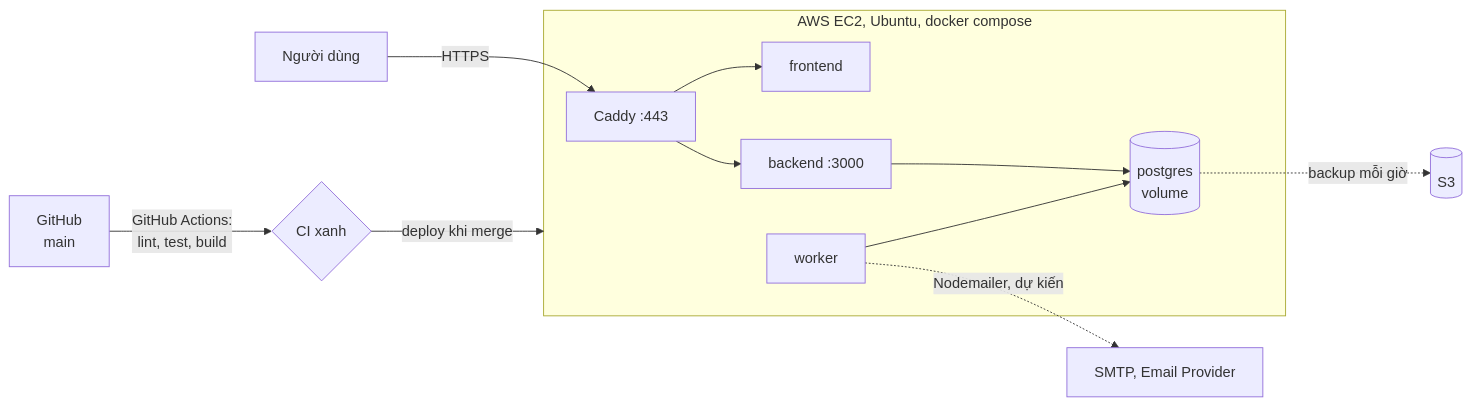
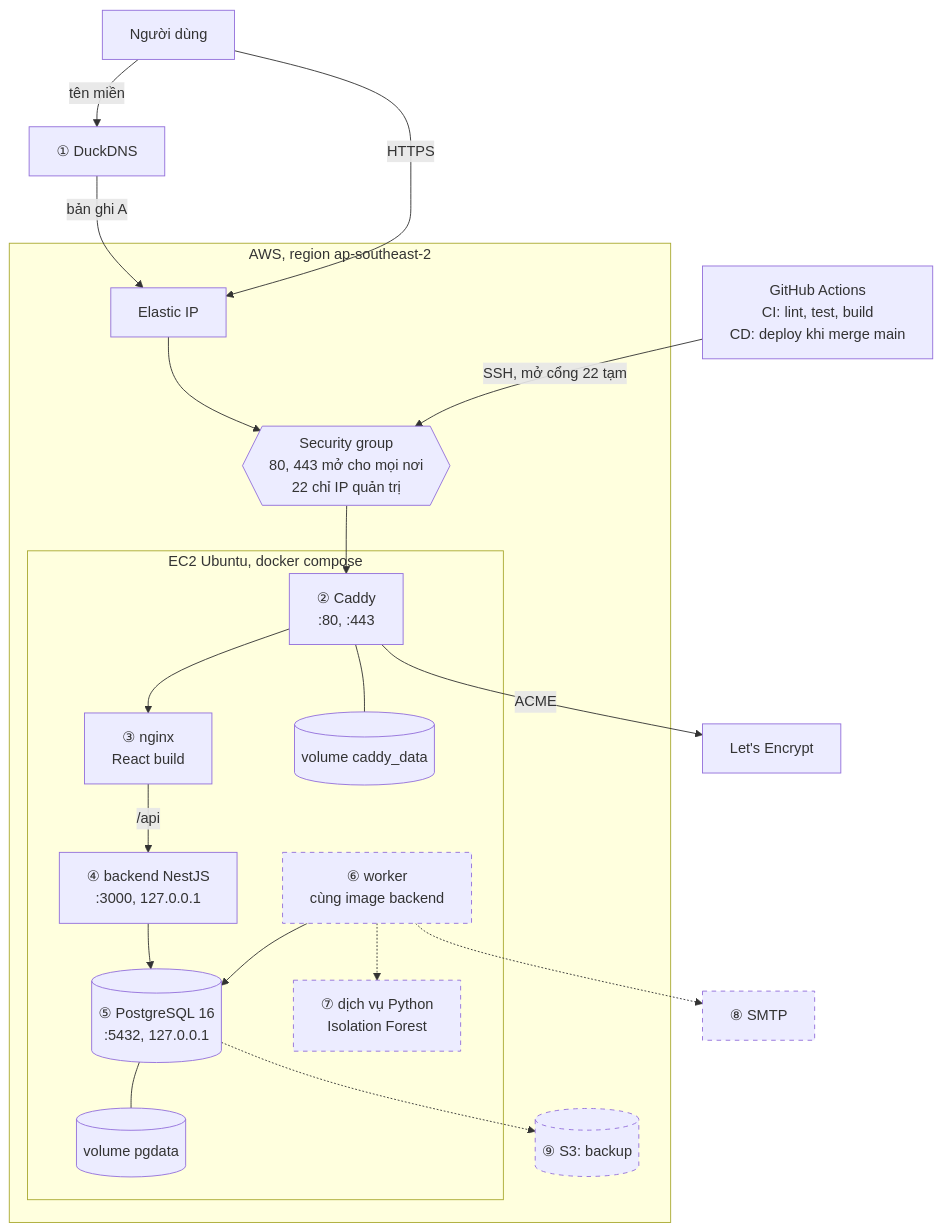
Before and after one commit to LeQuangMien10/CloudApplicationDevelopment: the fifth of 5 diagrams in docs/overview/kien-truc.md, drawn with Mermaid. The commit also changed other lines of this file and 2 other files, not shown here.

First line of the commit message:
docs(kien-truc): viết lại theo khung System Architecture 10 mục

````diff
--- a/docs/overview/kien-truc.md
+++ b/docs/overview/kien-truc.md
@@ -145,15 +311,44 @@
 ```mermaid
-flowchart LR
-  Dev[GitHub<br/>main] -->|GitHub Actions:<br/>lint, test, build| CI{CI xanh}
-  CI -->|deploy khi merge| EC2
-  subgraph EC2[AWS EC2, Ubuntu, docker compose]
-    C[Caddy :443] --> FE[frontend]
-    C --> BE[backend :3000]
-    WK[worker]
-    BE --> PG[(postgres<br/>volume)]
+flowchart TB
+    USER["Người dùng"]
+    DNS["① DuckDNS"]
+    CI["GitHub Actions<br/>CI: lint, test, build<br/>CD: deploy khi merge main"]
+    LE["Let's Encrypt"]
+
+    subgraph AWS["AWS, region ap-southeast-2"]
+        EIP["Elastic IP"]
+        SG{{"Security group<br/>80, 443 mở cho mọi nơi<br/>22 chỉ IP quản trị"}}
+        subgraph EC2["EC2 Ubuntu, docker compose"]
+            CADDY["② Caddy<br/>:80, :443"]
+            NGINX["③ nginx<br/>React build"]
+            BE["④ backend NestJS<br/>:3000, 127.0.0.1"]
+            WK["⑥ worker<br/>cùng image backend"]
+            PG[("⑤ PostgreSQL 16<br/>:5432, 127.0.0.1")]
+            AI["⑦ dịch vụ Python<br/>Isolation Forest"]
+            V1[("volume pgdata")]
+            V2[("volume caddy_data")]
+        end
+        S3[("⑨ S3: backup")]
+    end
+    SMTP["⑧ SMTP"]
+
+    USER -- "tên miền" --> DNS
+    DNS -- "bản ghi A" --> EIP
+    USER -- HTTPS --> EIP
+    EIP --> SG
+    SG --> CADDY
+    CADDY --> NGINX
+    NGINX -- "/api" --> BE
+    BE --> PG
     WK --> PG
-  end
-  User[Người dùng] -->|HTTPS| C
-  PG -.->|backup mỗi giờ| S3[(S3)]
-  WK -.->|Nodemailer, dự kiến| SMTP[SMTP, Email Provider]
+    WK -.-> AI
+    WK -.-> SMTP
+    PG --- V1
+    CADDY --- V2
+    CADDY -- ACME --> LE
+    CI -- "SSH, mở cổng 22 tạm" --> SG
+    PG -.-> S3
+
+    classDef planned stroke-dasharray: 5 5
+    class WK,AI,S3,SMTP planned
 ```
````
